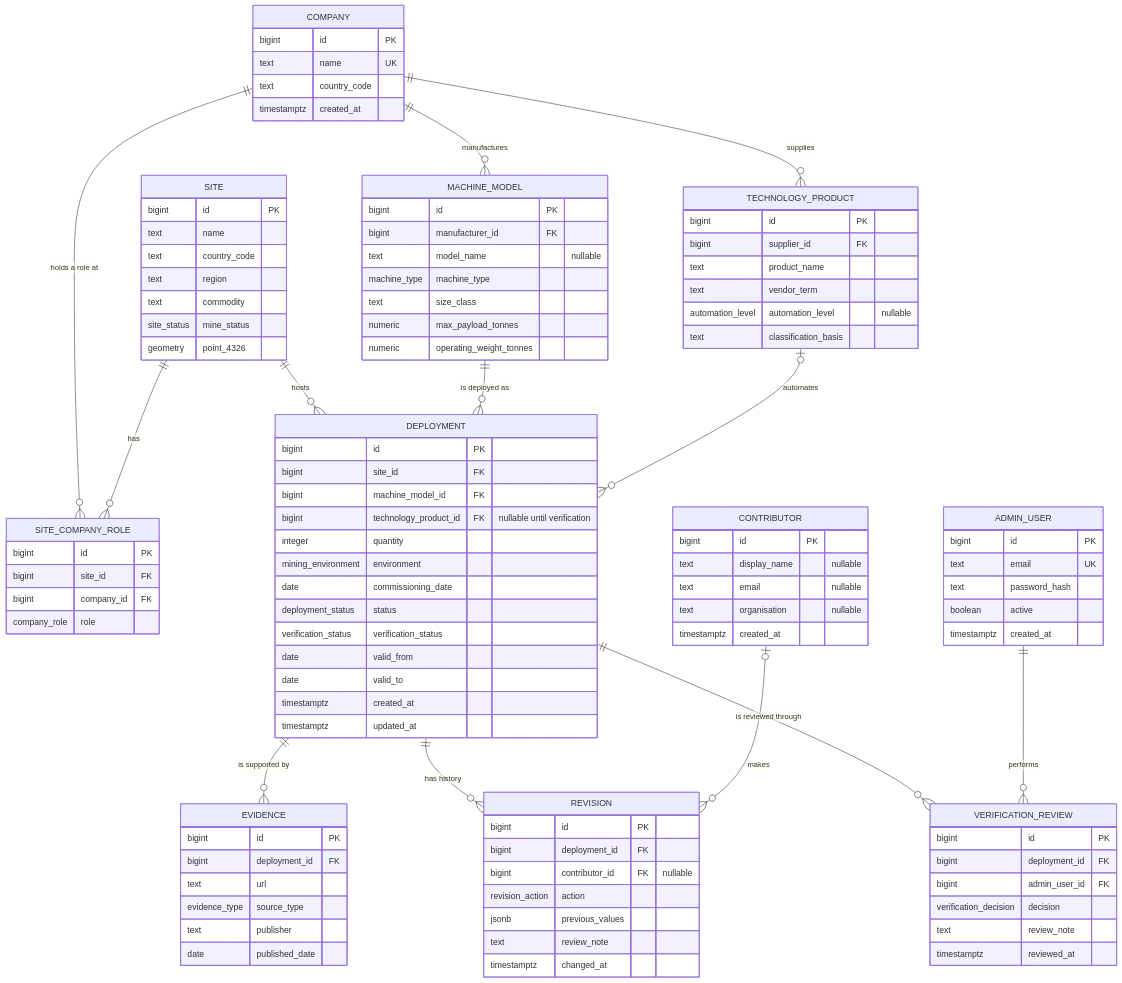
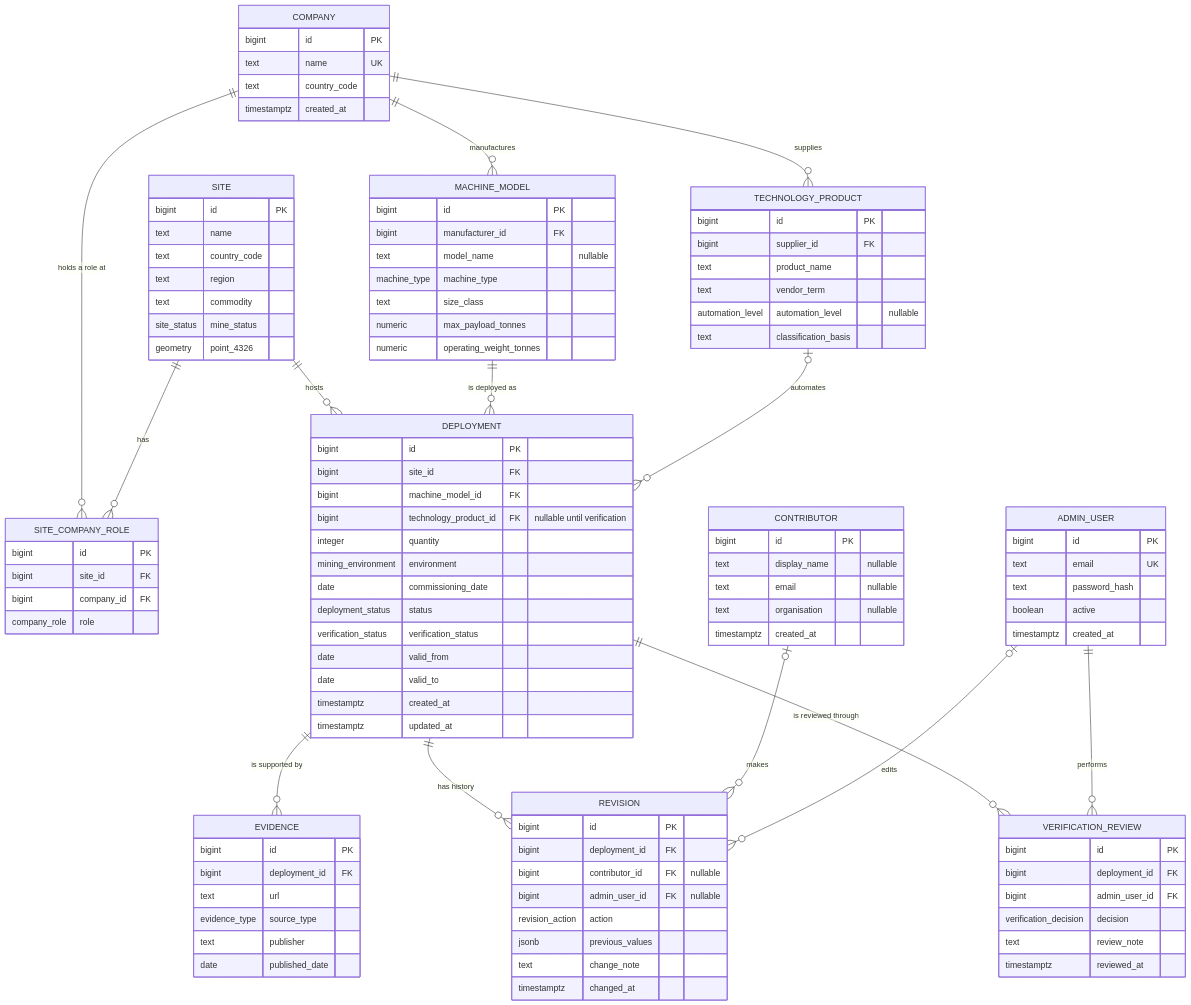
The diagram in docs/database/ERD.md (zinken7/capstone-group-5), drawn with Mermaid before and after one commit. The commit also changed other lines of this file, not shown here.

First line of the commit message:
Revise ERD with new relationships and notes

````diff
--- a/docs/database/ERD.md
+++ b/docs/database/ERD.md
@@ -26,6 +26,7 @@
     DEPLOYMENT ||--o{ EVIDENCE : "is supported by"
     DEPLOYMENT ||--o{ REVISION : "has history"
     CONTRIBUTOR o|--o{ REVISION : makes
+    ADMIN_USER o|--o{ REVISION : edits
     DEPLOYMENT ||--o{ VERIFICATION_REVIEW : "is reviewed through"
     ADMIN_USER ||--o{ VERIFICATION_REVIEW : performs
 
@@ -116,9 +117,10 @@
         bigint id PK
         bigint deployment_id FK
         bigint contributor_id FK "nullable"
+        bigint admin_user_id FK "nullable"
         revision_action action
         jsonb previous_values
-        text review_note
+        text change_note
         timestamptz changed_at
     }
 ```
````
